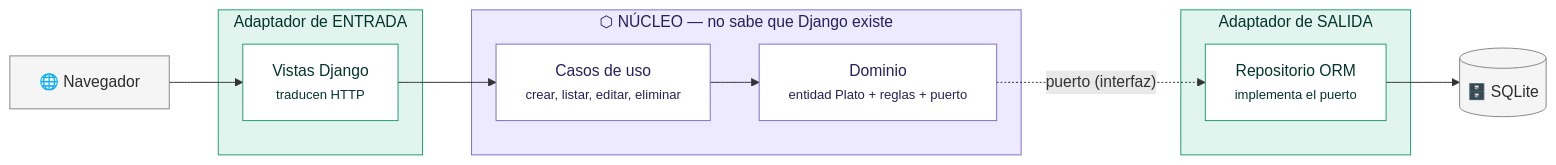
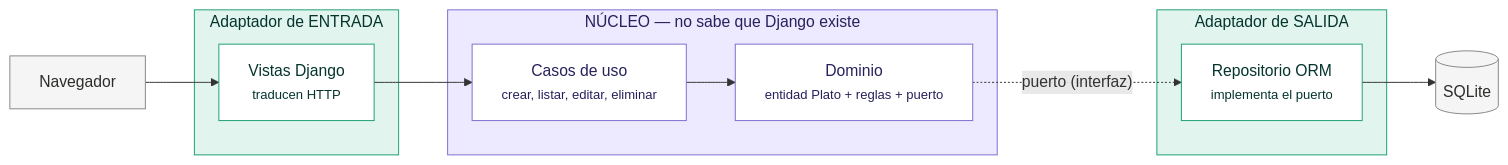
One commit to claudio4ndres/foodplease changed the third of 4 diagrams in README.md. Above: the diagram before and after it, drawn with Mermaid. The commit also changed other lines of this file, not shown here.

````diff
--- a/README.md
+++ b/README.md
@@ -117,29 +117,29 @@
 ```mermaid
 flowchart LR
-    nav["🌐 Navegador"]
+    nav["Navegador"]
     subgraph entrada ["Adaptador de ENTRADA"]
         vistas["Vistas Django<br/><small>traducen HTTP</small>"]
     end
-    subgraph nucleo ["⬡ NÚCLEO — no sabe que Django existe"]
+    subgraph nucleo ["NÚCLEO — no sabe que Django existe"]
         casos["Casos de uso<br/><small>crear, listar, editar, eliminar</small>"]
         dominio["Dominio<br/><small>entidad Plato + reglas + puerto</small>"]
         casos --> dominio
     end
     subgraph salida ["Adaptador de SALIDA"]
         repo["Repositorio ORM<br/><small>implementa el puerto</small>"]
     end
-    bd[("🗄️ SQLite")]
+    bd[("SQLite")]
 
     nav --> vistas --> casos
     dominio -.->|"puerto (interfaz)"| repo --> bd
 
     style nucleo fill:#ede9fe,stroke:#7c6fd0,color:#26215c
     style entrada fill:#e1f5ee,stroke:#1d9e75,color:#04342c
     style salida fill:#e1f5ee,stroke:#1d9e75,color:#04342c
     style vistas fill:#ffffff,stroke:#1d9e75,color:#04342c
     style casos fill:#ffffff,stroke:#7c6fd0,color:#26215c
     style dominio fill:#ffffff,stroke:#7c6fd0,color:#26215c
     style repo fill:#ffffff,stroke:#1d9e75,color:#04342c
     style nav fill:#f5f5f5,stroke:#888888,color:#2c2c2a
     style bd fill:#f5f5f5,stroke:#888888,color:#2c2c2a
 ```
````
